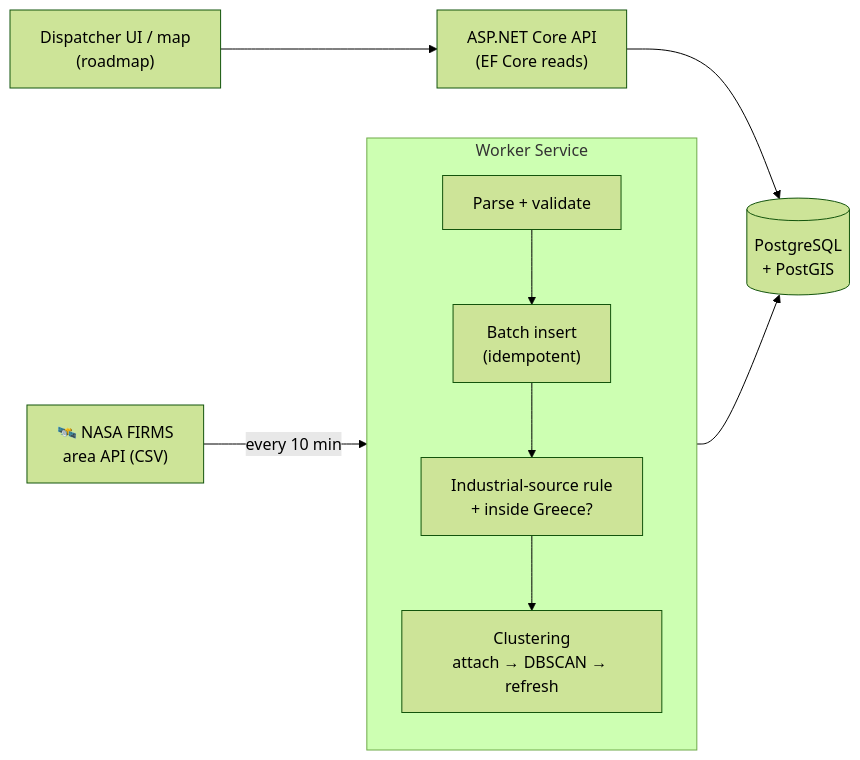
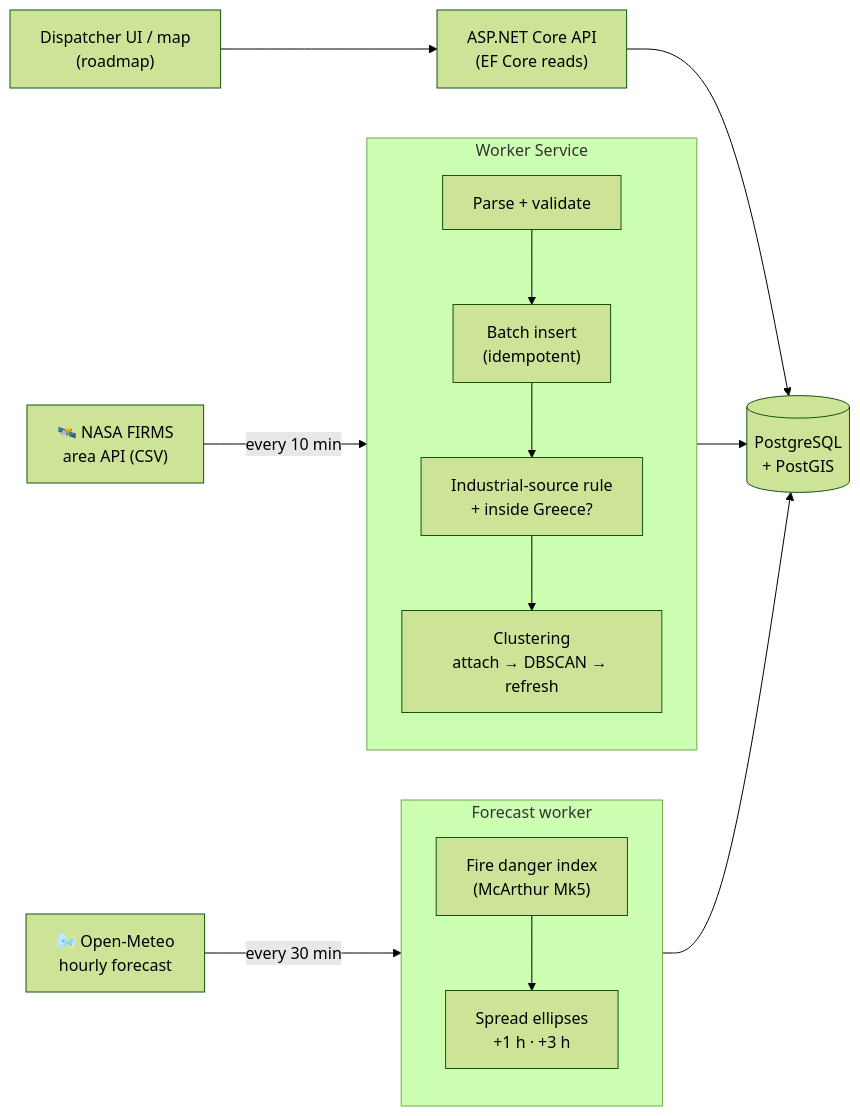
One commit to Nikolhs123/PyroLens changed the diagram in README.md. Above: the diagram before and after it, drawn with Mermaid (forest theme). The commit also changed other lines of this file and 21 other files, not shown here.

````diff
--- a/README.md
+++ b/README.md
@@ -47,15 +64,23 @@
 ```mermaid
 flowchart LR
     FIRMS["🛰️ NASA FIRMS<br/>area API (CSV)"] -->|every 10 min| Worker
 
     subgraph Worker["Worker Service"]
         direction TB
         Parse["Parse + validate"] --> Write["Batch insert<br/>(idempotent)"]
         Write --> Flag["Industrial-source rule<br/>+ inside Greece?"]
         Flag --> Cluster["Clustering<br/>attach → DBSCAN → refresh"]
     end
 
     Worker --> DB[("PostgreSQL<br/>+ PostGIS")]
+
+    Meteo["🌬️ Open-Meteo<br/>hourly forecast"] -->|every 30 min| Forecast
+    subgraph Forecast["Forecast worker"]
+        direction TB
+        FFDI["Fire danger index<br/>(McArthur Mk5)"] --> Ellipse["Spread ellipses<br/>+1 h · +3 h"]
+    end
+    Forecast --> DB
+
     API["ASP.NET Core API<br/>(EF Core reads)"] --> DB
     Client["Dispatcher UI / map<br/>(roadmap)"] --> API
 ```
````
